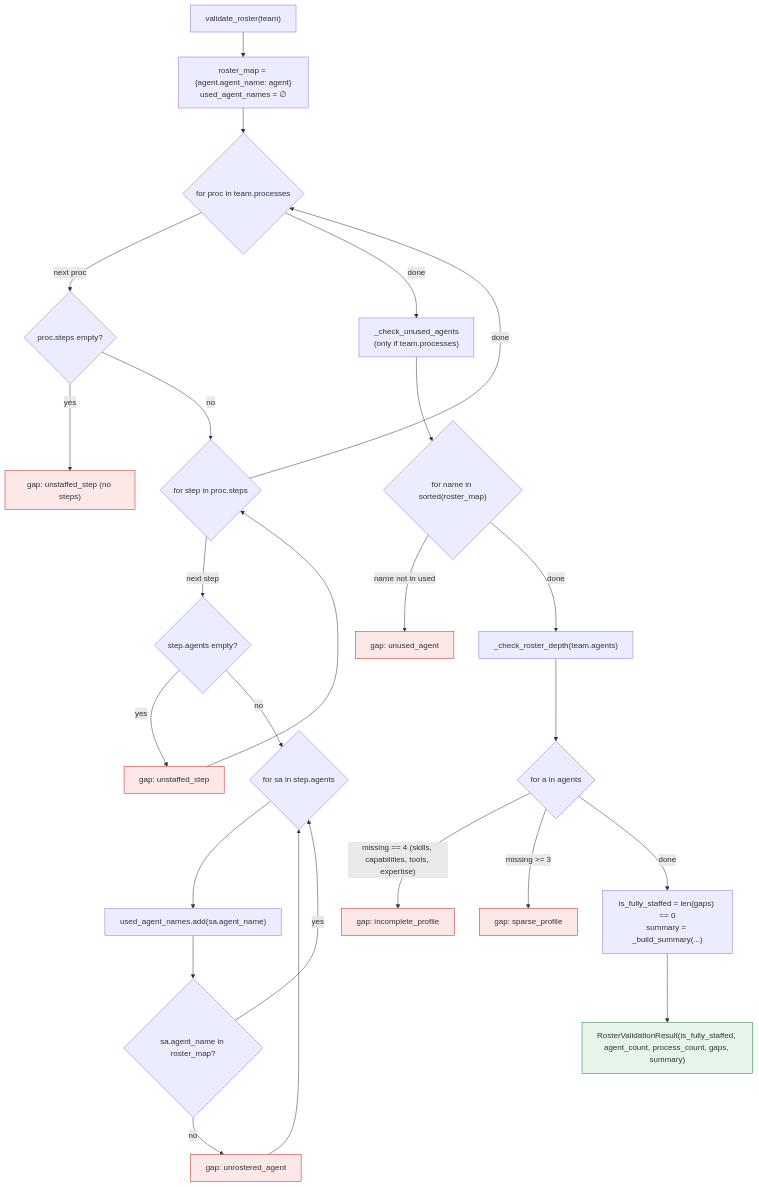
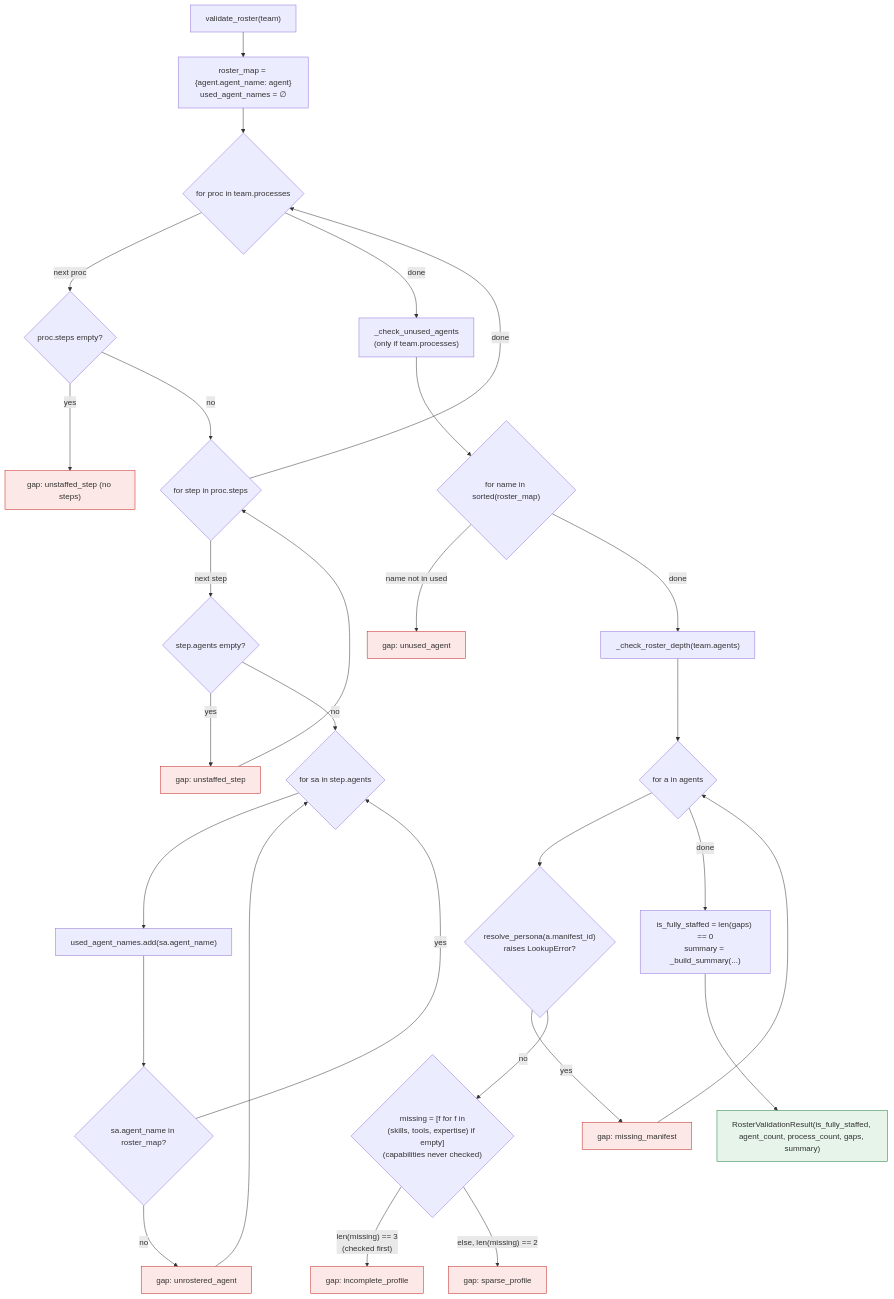
The fifth of 8 diagrams in backend/agents/agent_team_studio/agentic_team_provisioning/system_design/flow_charts.md (brandonkindred/Khala-Agentic-AI-Teams), drawn with Mermaid before and after one commit. The commit also changed other lines of this file and 7 other files, not shown here.

First line of the commit message:
Refresh agentic_team_provisioning architecture docs and fix its test suite (#7121)

````diff
--- a/backend/agents/agent_team_studio/agentic_team_provisioning/system_design/flow_charts.md
+++ b/backend/agents/agent_team_studio/agentic_team_provisioning/system_design/flow_charts.md
@@ -133,33 +133,37 @@
 ```mermaid
 flowchart TD
     Start["validate_roster(team)"]
     Start --> BuildMap["roster_map = {agent.agent_name: agent}<br/>used_agent_names = ∅"]
     BuildMap --> LoopP{"for proc in team.processes"}
     LoopP -->|next proc| CheckSteps{"proc.steps empty?"}
     CheckSteps -->|yes| GapUnstaffed1["gap: unstaffed_step (no steps)"]
     CheckSteps -->|no| LoopS{"for step in proc.steps"}
     LoopS -->|next step| StepAgents{"step.agents empty?"}
     StepAgents -->|yes| GapUnstaffed2["gap: unstaffed_step"]
     StepAgents -->|no| LoopSA{"for sa in step.agents"}
     LoopSA --> AddUsed["used_agent_names.add(sa.agent_name)"]
     AddUsed --> InRoster{"sa.agent_name in roster_map?"}
     InRoster -->|no| GapUnrostered["gap: unrostered_agent"]
     InRoster -->|yes| LoopSA
     GapUnrostered --> LoopSA
     GapUnstaffed2 --> LoopS
     LoopS -->|done| LoopP
     LoopP -->|done| UnusedCheck["_check_unused_agents<br/>(only if team.processes)"]
     UnusedCheck --> LoopUnused{"for name in sorted(roster_map)"}
     LoopUnused -->|name not in used| GapUnused["gap: unused_agent"]
     LoopUnused -->|done| DepthCheck["_check_roster_depth(team.agents)"]
     DepthCheck --> LoopDepth{"for a in agents"}
-    LoopDepth -->|"missing == 4 (skills, capabilities, tools, expertise)"| GapIncomplete["gap: incomplete_profile"]
-    LoopDepth -->|"missing >= 3"| GapSparse["gap: sparse_profile"]
+    LoopDepth --> ResolvePersona{"resolve_persona(a.manifest_id)<br/>raises LookupError?"}
+    ResolvePersona -->|yes| GapMissingManifest["gap: missing_manifest"]
+    ResolvePersona -->|no| CountMissing{"missing = [f for f in<br/>(skills, tools, expertise) if empty]<br/>(capabilities never checked)"}
+    CountMissing -->|"len(missing) == 3<br/>(checked first)"| GapIncomplete["gap: incomplete_profile"]
+    CountMissing -->|"else, len(missing) == 2"| GapSparse["gap: sparse_profile"]
+    GapMissingManifest --> LoopDepth
     LoopDepth -->|done| Aggregate["is_fully_staffed = len(gaps) == 0<br/>summary = _build_summary(...)"]
     Aggregate --> Result["RosterValidationResult(is_fully_staffed, agent_count, process_count, gaps, summary)"]
 
     classDef good fill:#e6f4ea,stroke:#188038
     classDef bad fill:#fce8e6,stroke:#c5221f
     class Result good
-    class GapUnstaffed1,GapUnstaffed2,GapUnrostered,GapUnused,GapIncomplete,GapSparse bad
+    class GapUnstaffed1,GapUnstaffed2,GapUnrostered,GapUnused,GapMissingManifest,GapIncomplete,GapSparse bad
 ```
````
